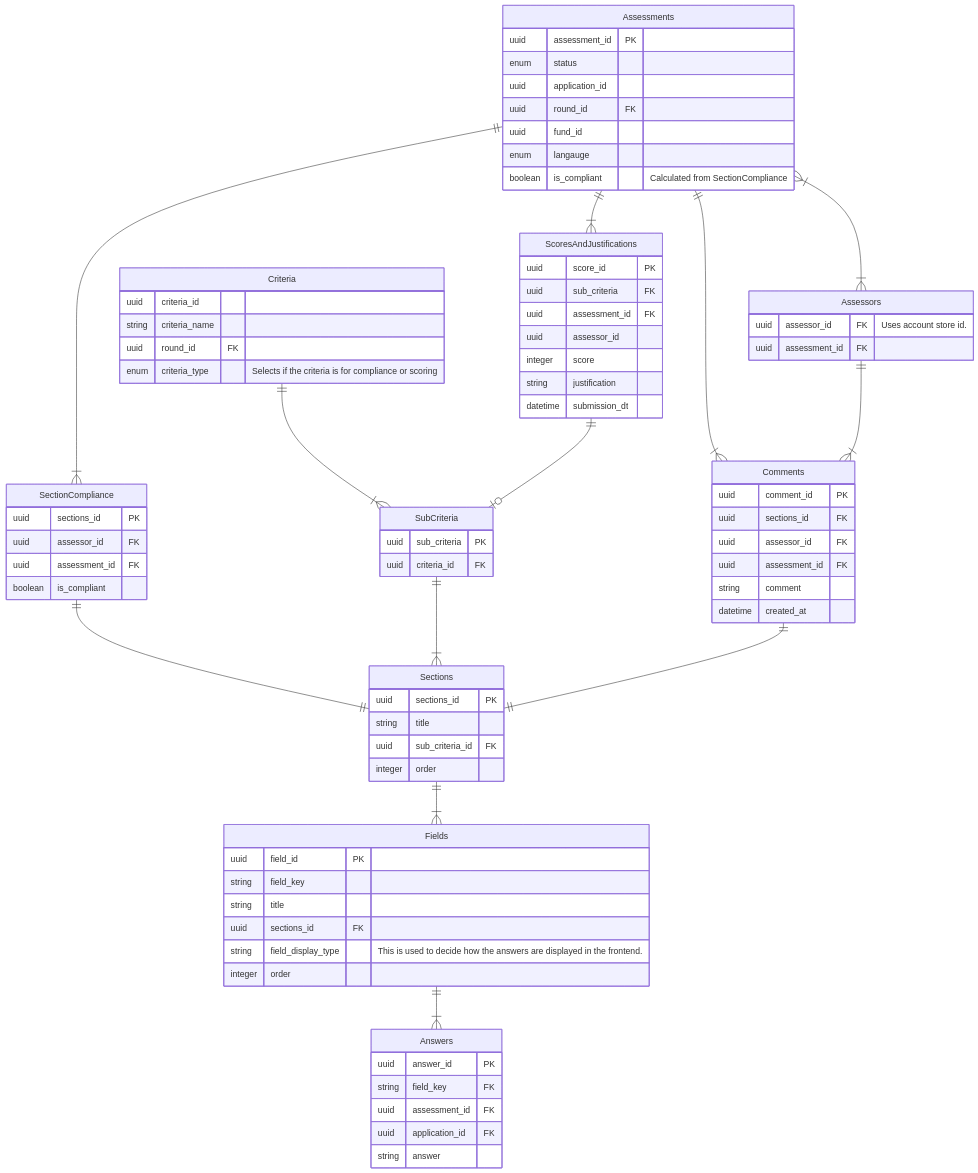
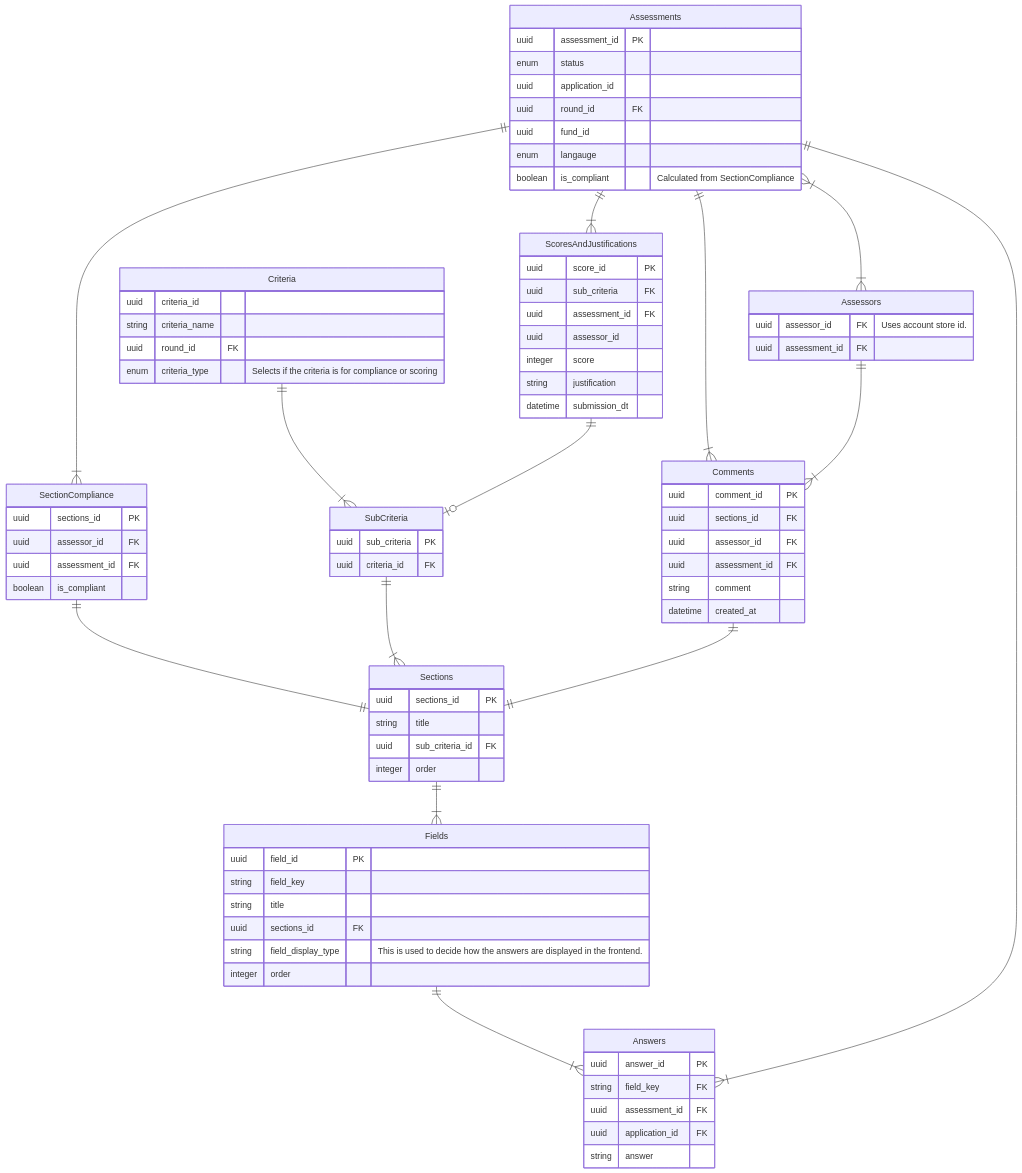
The diagram in diagrams/db_diagram.md (communitiesuk/funding-service-design-assessment-store), drawn with Mermaid before and after one commit.

````diff
--- a/diagrams/db_diagram.md
+++ b/diagrams/db_diagram.md
@@ -78,6 +78,7 @@
 	Assessments }|--|{ Assessors : ""
 	Assessments ||--|{ Comments : ""
 	Assessments ||--|{ SectionCompliance : ""
+	Assessments ||--|{ Answers : ""
 	Assessors ||--|{ Comments : ""
 	Comments ||--|| Sections : ""
 ```
````
